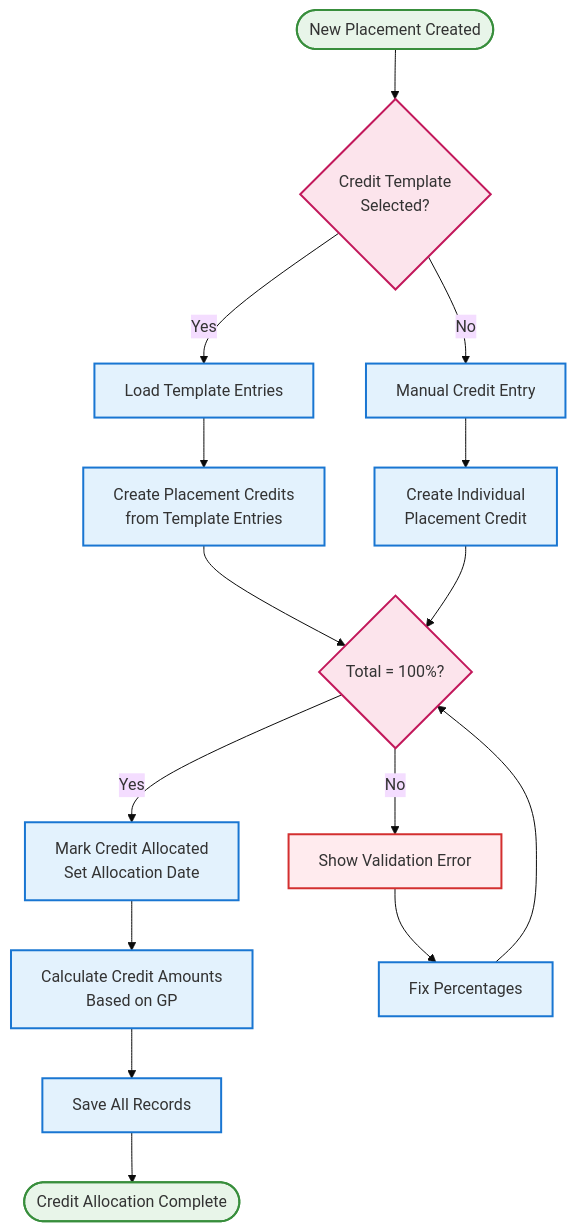
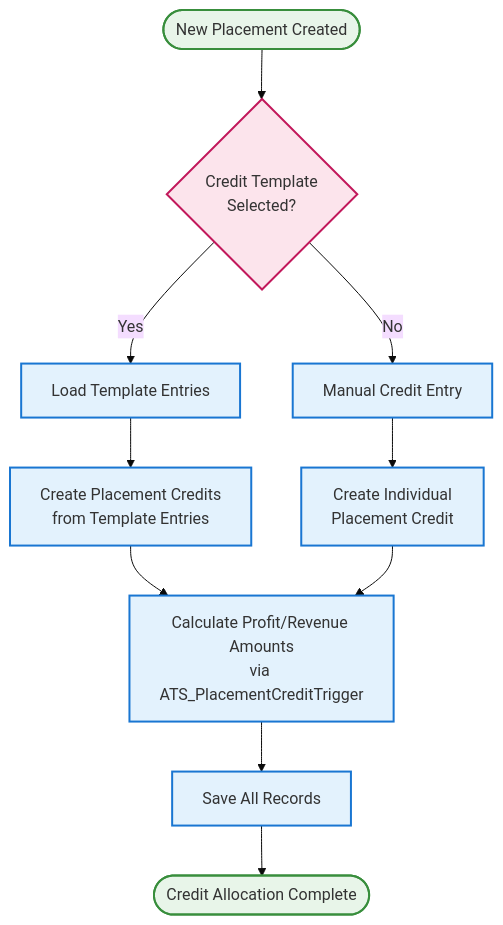
Before and after one commit to asymblinc/ProductDocumentations: the second of 3 diagrams in ATS/ERD_Placement_Credit_Management.md, drawn with Mermaid (base theme). The commit also changed other lines of this file and 12 other files, not shown here.

````diff
--- a/ATS/ERD_Placement_Credit_Management.md
+++ b/ATS/ERD_Placement_Credit_Management.md
@@ -148,34 +186,25 @@
 ```mermaid
 flowchart TB
     Start([New Placement Created]) --> Check{Credit Template<br/>Selected?}
-    
+
     Check -->|Yes| Template[Load Template Entries]
     Check -->|No| Manual[Manual Credit Entry]
-    
+
     Template --> CreateCredits[Create Placement Credits<br/>from Template Entries]
     Manual --> CreateSingle[Create Individual<br/>Placement Credit]
-    
-    CreateCredits --> Validate{Total = 100%?}
-    CreateSingle --> Validate
-    
-    Validate -->|Yes| Allocate[Mark Credit Allocated<br/>Set Allocation Date]
-    Validate -->|No| Error[Show Validation Error]
-    
-    Allocate --> Calculate[Calculate Credit Amounts<br/>Based on GP]
-    Calculate --> Save[Save All Records]
+
+    CreateCredits --> Calc[Calculate Profit/Revenue Amounts<br/>via ATS_PlacementCreditTrigger]
+    CreateSingle --> Calc
+
+    Calc --> Save[Save All Records]
     Save --> End([Credit Allocation Complete])
-    
-    Error --> Fix[Fix Percentages]
-    Fix --> Validate
-    
+
     %% Styling
     classDef process fill:#e3f2fd,stroke:#1976d2,stroke-width:2px
     classDef decision fill:#fce4ec,stroke:#c2185b,stroke-width:2px
     classDef terminal fill:#e8f5e9,stroke:#388e3c,stroke-width:2px
-    classDef error fill:#ffebee,stroke:#d32f2f,stroke-width:2px
-    
+
     class Start,End terminal
-    class Check,Validate decision
-    class Template,Manual,CreateCredits,CreateSingle,Allocate,Calculate,Save,Fix process
-    class Error error
+    class Check decision
+    class Template,Manual,CreateCredits,CreateSingle,Calc,Save process
 ```
````
